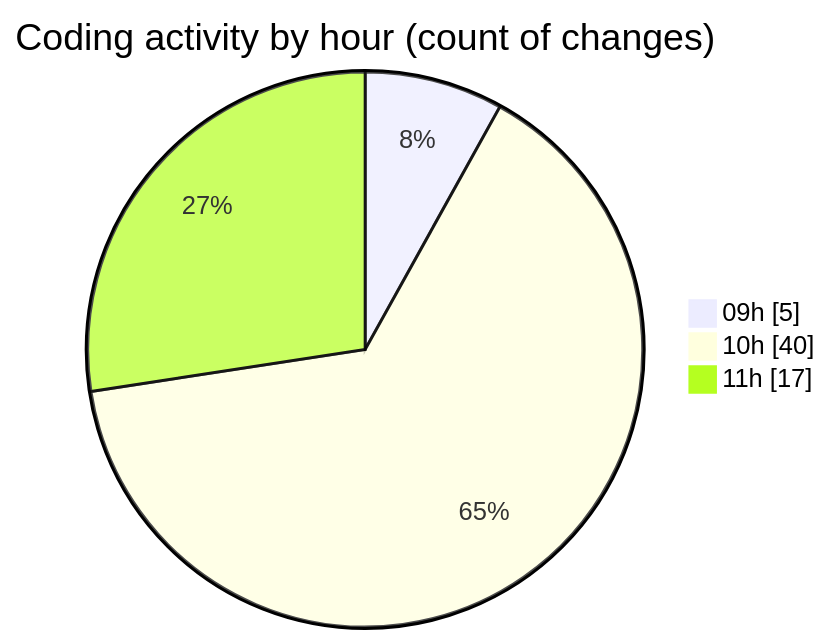
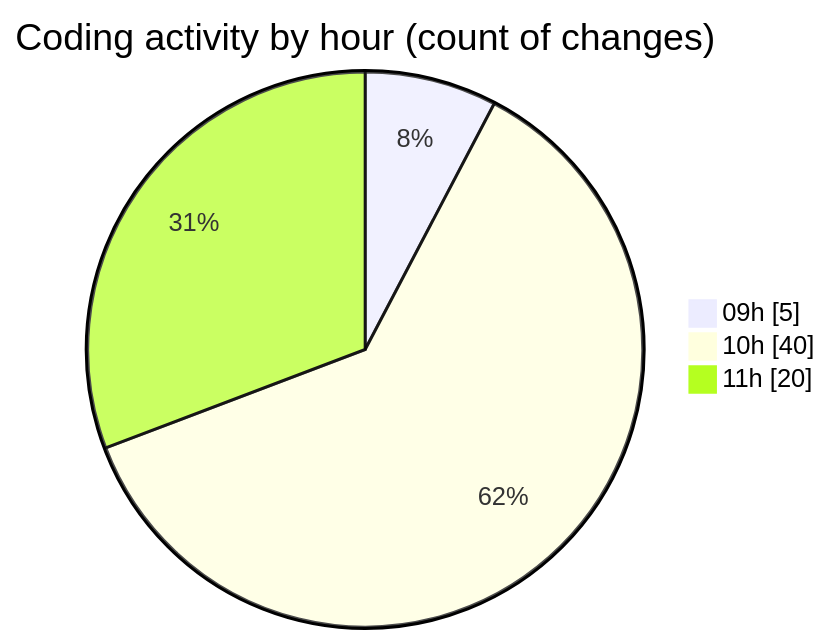
Before and after one commit to CELIANVF/code-tracking: the second of 2 diagrams in 2025-06-02/ecodeli-1/README.md, drawn with Mermaid. The commit also changed other lines of this file and 1 other file, not shown here.

````diff
--- a/2025-06-02/ecodeli-1/README.md
+++ b/2025-06-02/ecodeli-1/README.md
@@ -70,7 +70,7 @@
 ```mermaid
 pie showData
 title Coding activity by hour (count of changes)
 "09h" : 5
 "10h" : 40
-"11h" : 17
+"11h" : 20
 ```
````
